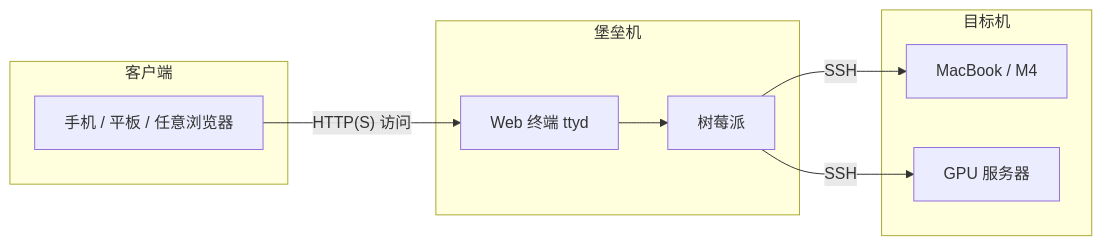
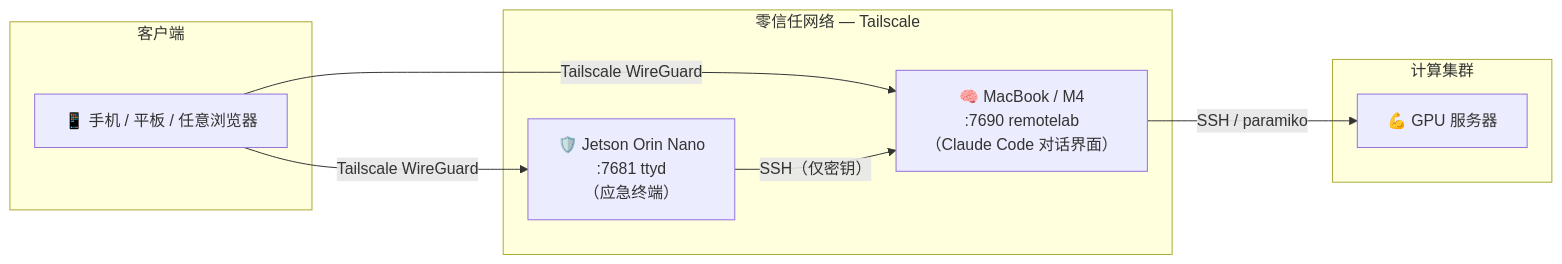
One commit to CyperPan/remote_research changed the diagram in docs/DEVELOPMENT_GUIDE.md. Above: the diagram before and after it, drawn with Mermaid. The commit also changed other lines of this file and 19 other files, not shown here.

````diff
--- a/docs/DEVELOPMENT_GUIDE.md
+++ b/docs/DEVELOPMENT_GUIDE.md
@@ -23,18 +24,17 @@
 ```mermaid
 flowchart LR
     subgraph client [客户端]
-        Phone[手机 / 平板 / 任意浏览器]
+        Phone["📱 手机 / 平板 / 任意浏览器"]
     end
-    subgraph bastion [堡垒机]
-        Pi[树莓派]
-        WebTerm[Web 终端 ttyd]
+    subgraph ztna ["零信任网络 — Tailscale"]
+        Jetson["🛡️ Jetson Orin Nano\n:7681 ttyd\n（应急终端）"]
+        Mac["🧠 MacBook / M4\n:7690 remotelab\n（Claude Code 对话界面）"]
     end
-    subgraph target [目标机]
-        Mac[MacBook / M4]
-        GPU[GPU 服务器]
+    subgraph compute [计算集群]
+        GPU["💪 GPU 服务器"]
     end
-    Phone -->|"HTTP(S) 访问"| WebTerm
-    WebTerm --> Pi
-    Pi -->|"SSH"| Mac
-    Pi -->|"SSH"| GPU
+    Phone  -->|"Tailscale WireGuard"| Jetson
+    Phone  -->|"Tailscale WireGuard"| Mac
+    Jetson -->|"SSH（仅密钥）"| Mac
+    Mac    -->|"SSH / paramiko"| GPU
 ```
````
